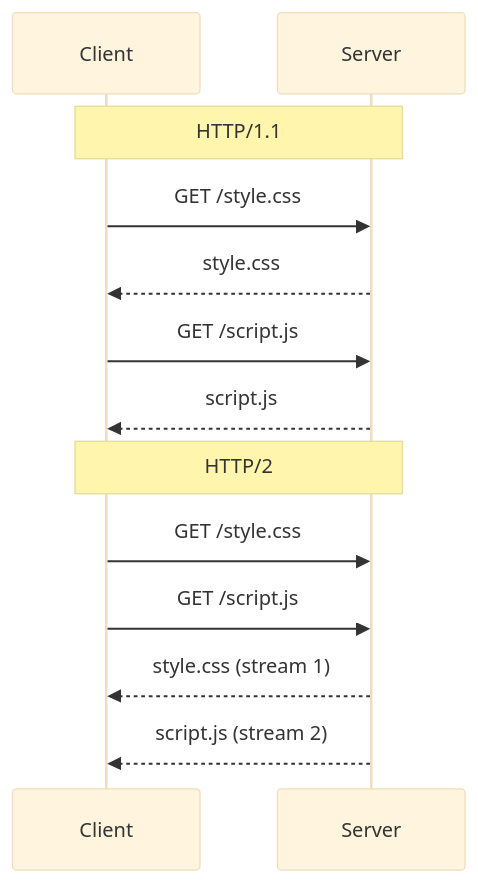
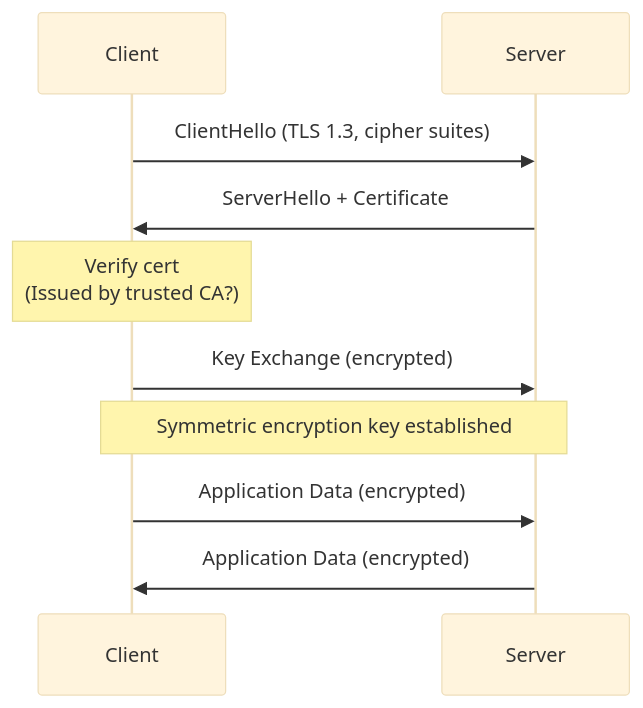
The fifth of 5 diagrams in Backend_software_enggineering/Backend_Engineering_Course/Phase_1_Foundations/Week_1_Backend_Fundamentals/Day_03_HTTP_Basics/content.md (Ab2021/Tutorials), drawn with Mermaid (base theme) before and after one commit. The commit also changed other lines of this file and 28 other files, not shown here.

````diff
--- a/Backend_software_enggineering/Backend_Engineering_Course/Phase_1_Foundations/Week_1_Backend_Fundamentals/Day_03_HTTP_Basics/content.md
+++ b/Backend_software_enggineering/Backend_Engineering_Course/Phase_1_Foundations/Week_1_Backend_Fundamentals/Day_03_HTTP_Basics/content.md
@@ -33,16 +680,10 @@
 ```mermaid
 sequenceDiagram
-    participant Client
-    participant Server
-    Note over Client, Server: HTTP/1.1
-    Client->>Server: GET /style.css
-    Server-->>Client: style.css
-    Client->>Server: GET /script.js
-    Server-->>Client: script.js
-    
-    Note over Client, Server: HTTP/2
-    Client->>Server: GET /style.css
-    Client->>Server: GET /script.js
-    Server-->>Client: style.css (stream 1)
-    Server-->>Client: script.js (stream 2)
+    Client->>Server: ClientHello (TLS 1.3, cipher suites)
+    Server->>Client: ServerHello + Certificate
+    Note over Client: Verify cert<br/>(Issued by trusted CA?)
+    Client->>Server: Key Exchange (encrypted)
+    Note over Client,Server: Symmetric encryption key established
+    Client->>Server: Application Data (encrypted)
+    Server->>Client: Application Data (encrypted)
 ```
````
